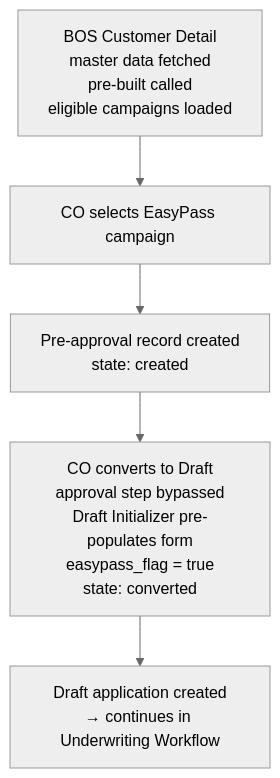
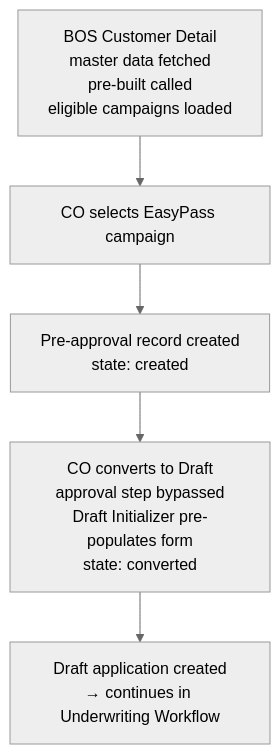
Before and after one commit to chanatan-sri/TurboProduct: the first of 2 diagrams in product/credit/onigiri/capabilities/pre-approval/CAPABILITY.md, drawn with Mermaid (neutral theme). The commit also changed other lines of this file and 4 other files, not shown here.

````diff
--- a/product/credit/onigiri/capabilities/pre-approval/CAPABILITY.md
+++ b/product/credit/onigiri/capabilities/pre-approval/CAPABILITY.md
@@ -134,7 +134,7 @@
 ```mermaid
 flowchart TD
     A[BOS Customer Detail\nmaster data fetched\npre-built called\neligible campaigns loaded] --> B[CO selects EasyPass campaign]
     B --> C[Pre-approval record created\nstate: created]
-    C --> D[CO converts to Draft\napproval step bypassed\nDraft Initializer pre-populates form\neasypass_flag = true\nstate: converted]
+    C --> D[CO converts to Draft\napproval step bypassed\nDraft Initializer pre-populates form\nstate: converted]
     D --> E[Draft application created\n→ continues in Underwriting Workflow]
 ```
````
